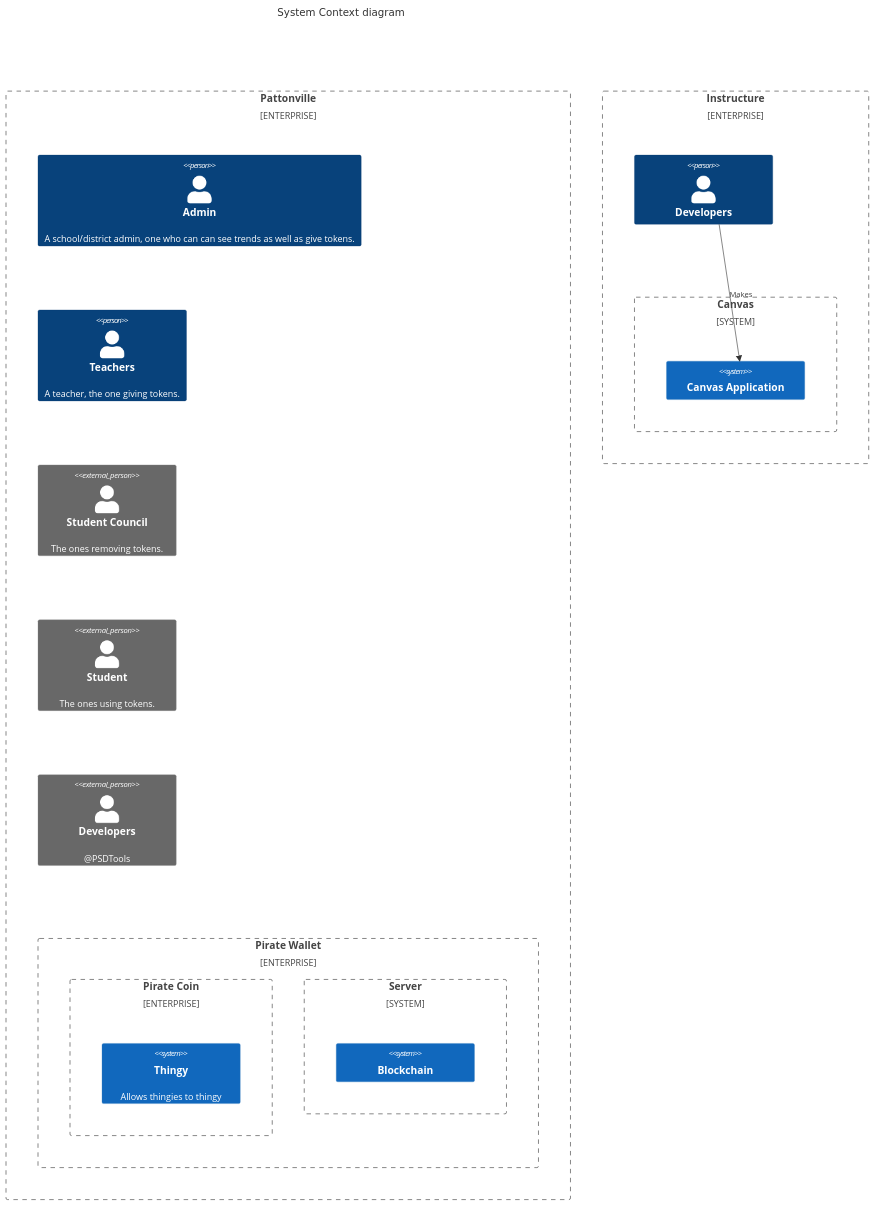
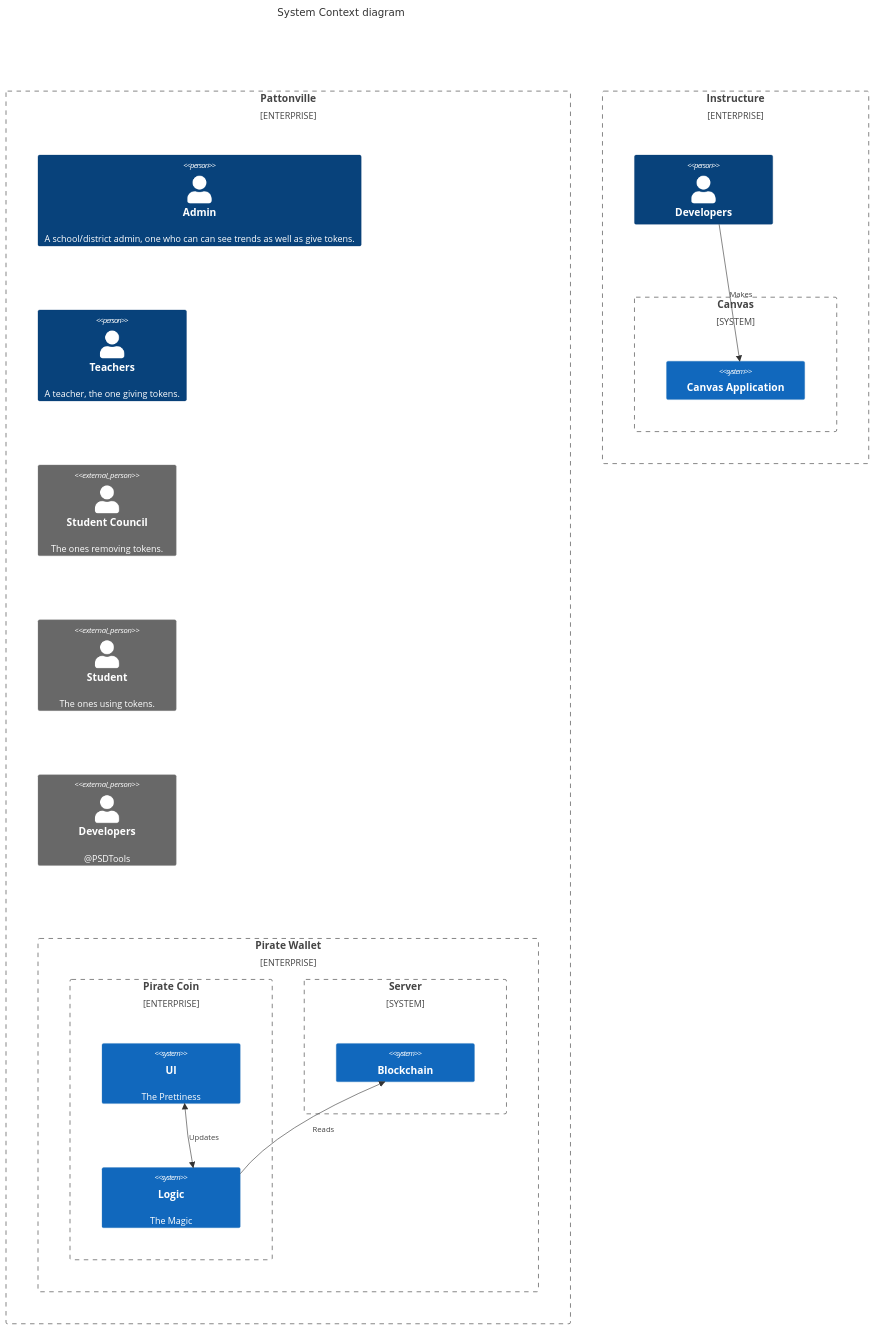
One commit to PSDTools/app changed the diagram in README.md. Above: the diagram before and after it, drawn with Mermaid.

Commit message:
edited c4

````diff
--- a/README.md
+++ b/README.md
@@ -175,65 +175,68 @@
 ```mermaid
 C4Context
   title System Context diagram
 
   Enterprise_Boundary(b0, "Pattonville") {
     Person(customerA, "Admin", "A school/district admin, one who can can see trends as well as give tokens.")
     Person(customerB, "Teachers", "A teacher, the one giving tokens.")
     Person_Ext(customerC, "Student Council", "The ones removing tokens.")
     Person_Ext(customerD, "Student", "The ones using tokens.")
     Person_Ext(customerE, "Developers", "@PSDTools")
     
     Enterprise_Boundary(b6, "Pirate Wallet") {
       Enterprise_Boundary(b3, "Pirate Coin") {
-        System(SystemAA, "Thingy", "Allows thingies to thingy")
+        System(SystemAA, "UI", "The Prettiness")
+        System(SystemAB, "Logic", "The Magic")
       }
       System_Boundary(b2, "Server") {
         System(SystemF, "Blockchain")
       }
     }
     %% System(SystemAA, "Internet Banking System", "Allows customers to view information about their bank accounts, and make payments.")
 
     %% Enterprise_Boundary(b1, "BankBoundary") {
 
       %% SystemDb_Ext(SystemE, "Mainframe Banking System", "Stores all of the core banking information about customers, accounts, transactions, etc.")
 
       %% System_Boundary(b2, "BankBoundary2") {
         %% System(SystemA, "Banking System A")
         %% System(SystemB, "Banking System B", "A system of the bank, with personal bank accounts. next line.")
       %% }
 
       %% System_Ext(SystemC, "E-mail system", "The internal Microsoft Exchange e-mail system.")
       %% SystemDb(SystemD, "Banking System D Database", "A system of the bank, with personal bank accounts.")
 
       %% Boundary(b3, "BankBoundary3", "boundary") {
         %% SystemQueue(SystemF, "Banking System F Queue", "A system of the bank.")
         %% SystemQueue_Ext(SystemG, "Banking System G Queue", "A system of the bank, with personal bank accounts.")
       %% }
     %% }
 
   }
 
 
   Enterprise_Boundary(b4, "Instructure") {
     Person(Instructure, "Developers")
 
     System_Boundary(b5, "Canvas") {
       System(CanvasApp, "Canvas Application")
     }
   }
 
 
   %% BiRel(customerA, SystemAA, "Uses")
   Rel(Instructure, CanvasApp, "Makes")
+  Rel(SystemAB, SystemF, "Reads")
+  BiRel(SystemAA, SystemAB, "Updates")
   %% BiRel(SystemAA, SystemE, "Uses")
   %% Rel(SystemAA, SystemC, "Sends e-mails", "SMTP")
   %% Rel(SystemC, customerA, "Sends e-mails to")
 
   %% UpdateElementStyle(customerA, $fontColor="red", $bgColor="grey", $borderColor="red")
   %% UpdateRelStyle(customerA, SystemAA, $textColor="blue", $lineColor="blue", $offsetX="5")
   %% UpdateRelStyle(SystemAA, SystemE, $textColor="blue", $lineColor="blue", $offsetY="-10")
   %% UpdateRelStyle(SystemAA, SystemC, $textColor="blue", $lineColor="blue", $offsetY="-40", $offsetX="-50")
   %% UpdateRelStyle(SystemC, customerA, $textColor="red", $lineColor="red", $offsetX="-50", $offsetY="20")
 
   %% UpdateLayoutConfig($c4ShapeInRow="3", $c4BoundaryInRow="1")
 ```
````
